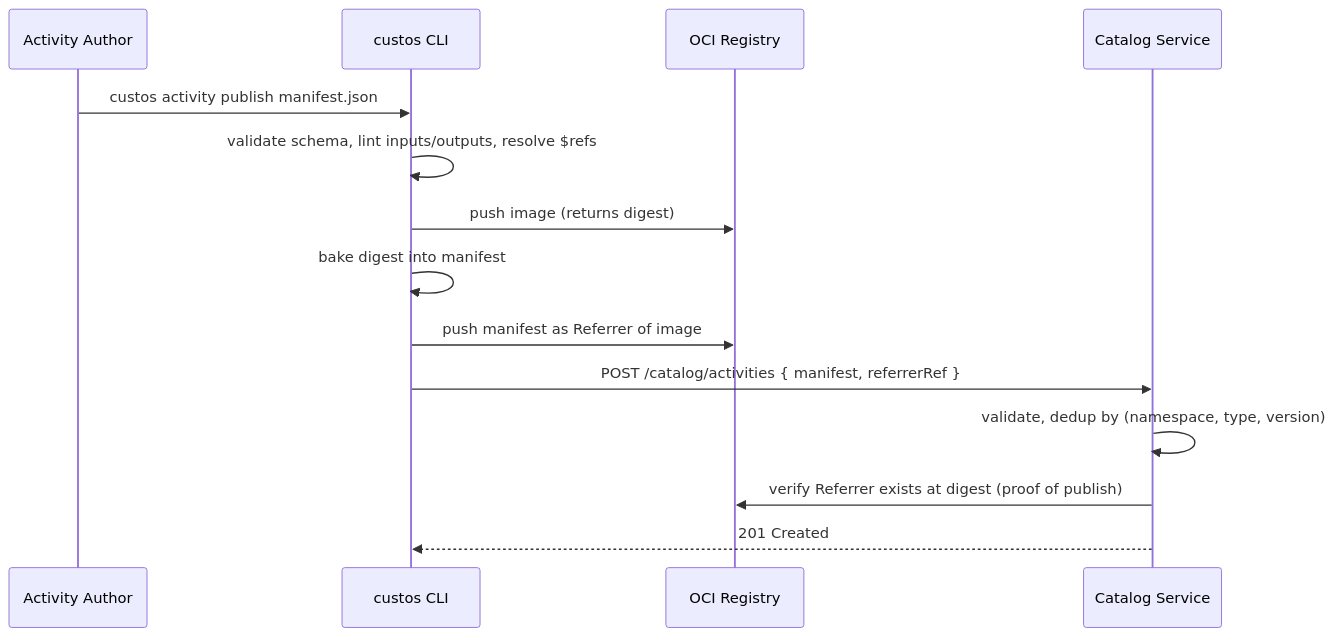
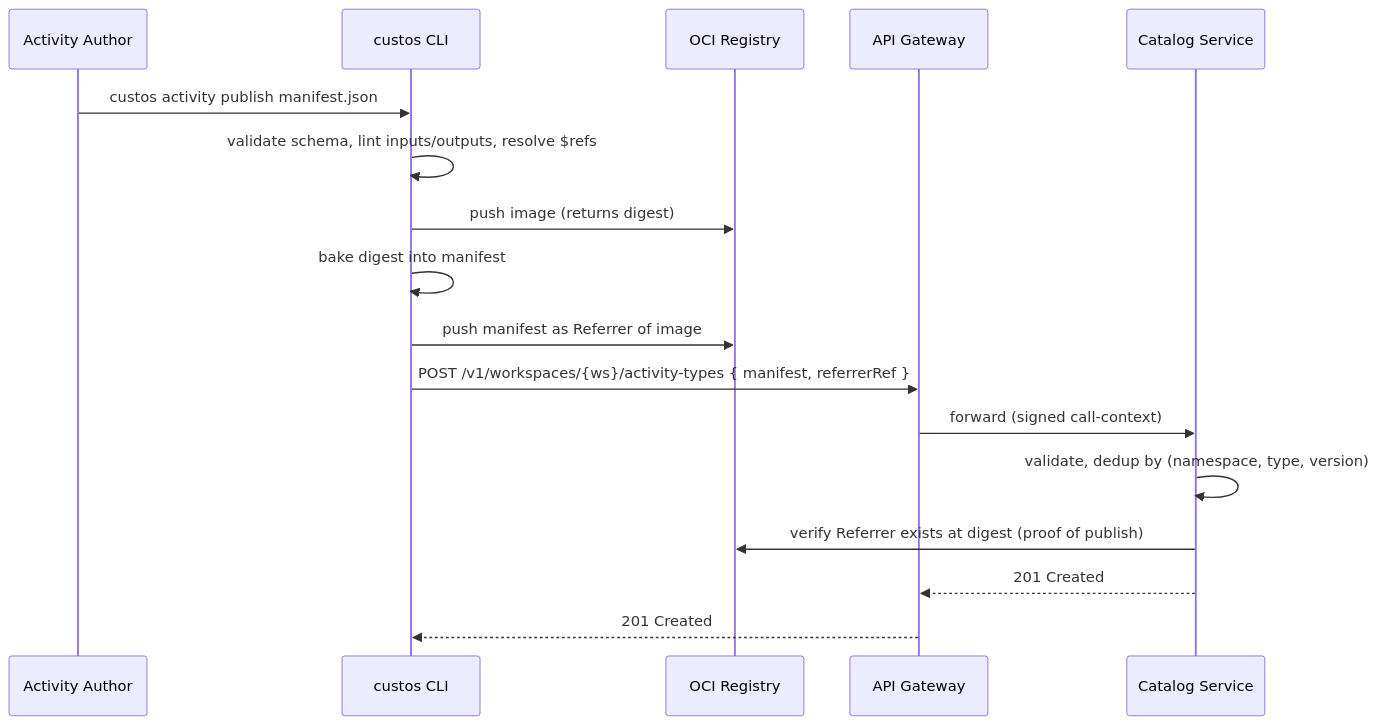
One commit to toddysm/custos changed the diagram in design/components/activity-runtime-manager/design.md. Above: the diagram before and after it, drawn with Mermaid. The commit also changed other lines of this file and 7 other files, not shown here.

````diff
--- a/design/components/activity-runtime-manager/design.md
+++ b/design/components/activity-runtime-manager/design.md
@@ -591,17 +593,20 @@
 ```mermaid
 sequenceDiagram
     participant Author as Activity Author
     participant CLI as custos CLI
     participant Reg as OCI Registry
+    participant GW as API Gateway
     participant Cat as Catalog Service
 
     Author->>CLI: custos activity publish manifest.json
     CLI->>CLI: validate schema, lint inputs/outputs, resolve $refs
     CLI->>Reg: push image (returns digest)
     CLI->>CLI: bake digest into manifest
     CLI->>Reg: push manifest as Referrer of image
-    CLI->>Cat: POST /catalog/activities { manifest, referrerRef }
+    CLI->>GW: POST /v1/workspaces/{ws}/activity-types { manifest, referrerRef }
+    GW->>Cat: forward (signed call-context)
     Cat->>Cat: validate, dedup by (namespace, type, version)
     Cat->>Reg: verify Referrer exists at digest (proof of publish)
-    Cat-->>CLI: 201 Created
+    Cat-->>GW: 201 Created
+    GW-->>CLI: 201 Created
 ```
````
